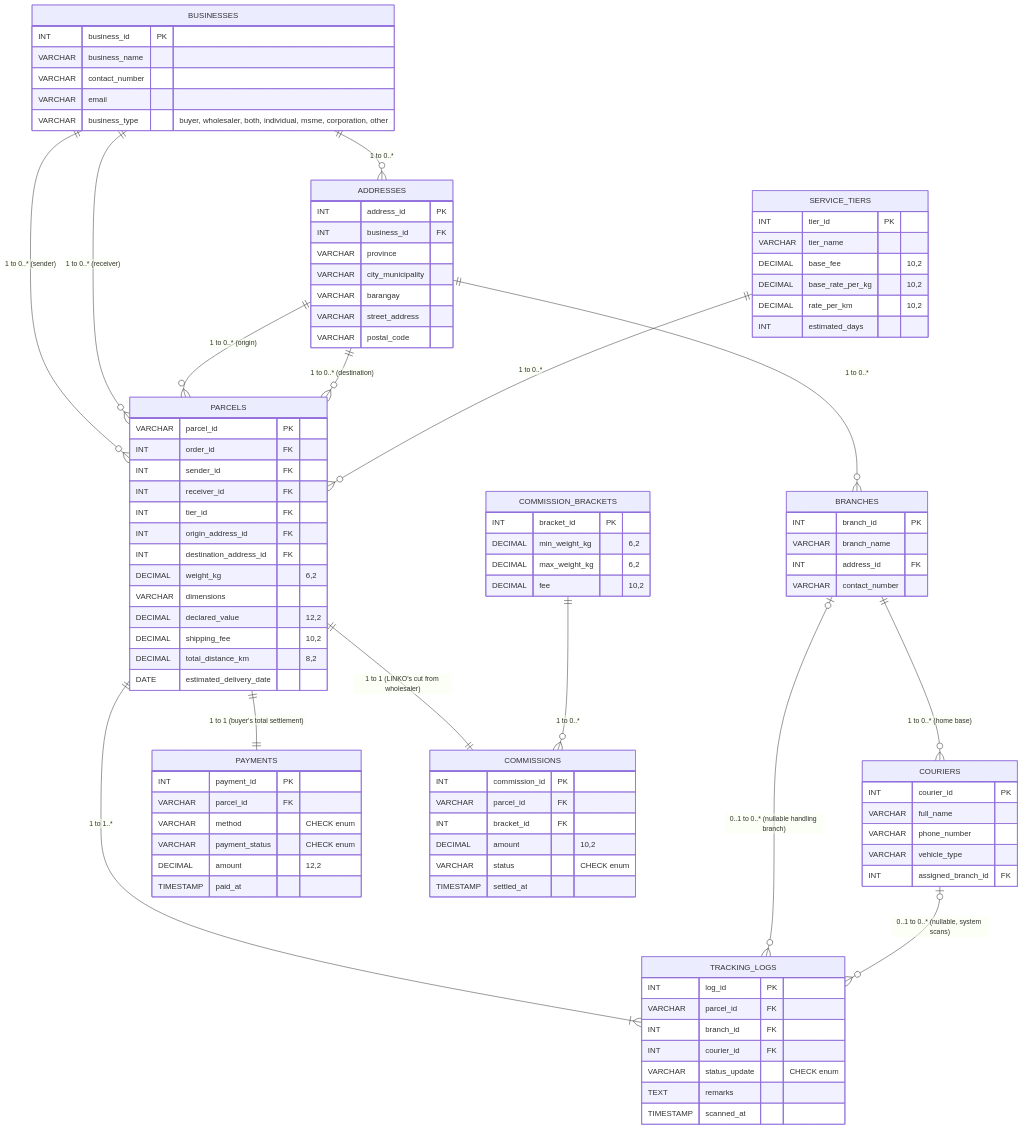
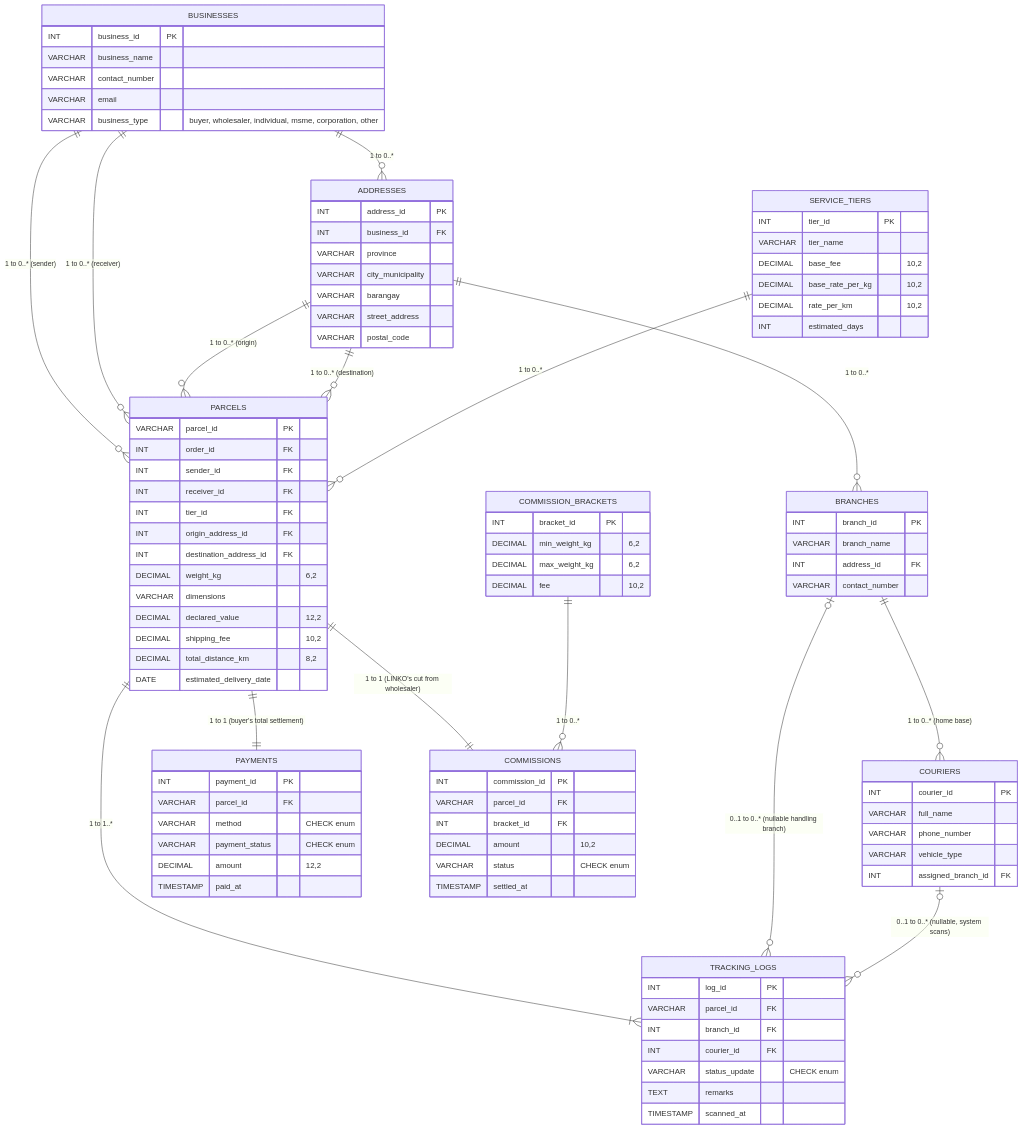
Before and after one commit to nateponds/LINKO: the diagram in docs/LINKO_ERD.md, drawn with Mermaid. The commit also changed other lines of this file and 9 other files, not shown here.

```diff
--- a/docs/LINKO_ERD.md
+++ b/docs/LINKO_ERD.md
@@ -29,7 +29,7 @@
         VARCHAR business_name
         VARCHAR contact_number
         VARCHAR email
-        VARCHAR business_type "buyer, wholesaler, both, individual, msme, corporation, other"
+        VARCHAR business_type "buyer, wholesaler, individual, msme, corporation, other"
     }
 
     BRANCHES {
```
